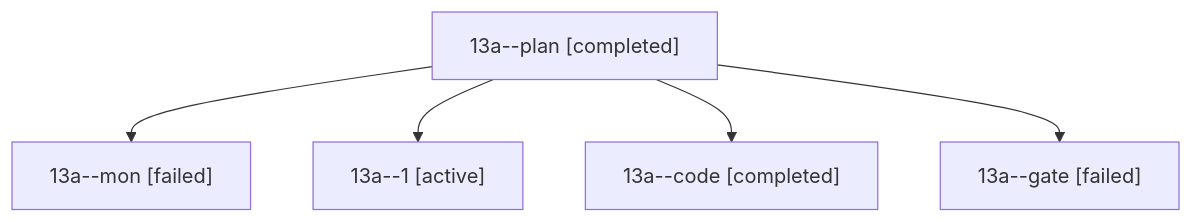
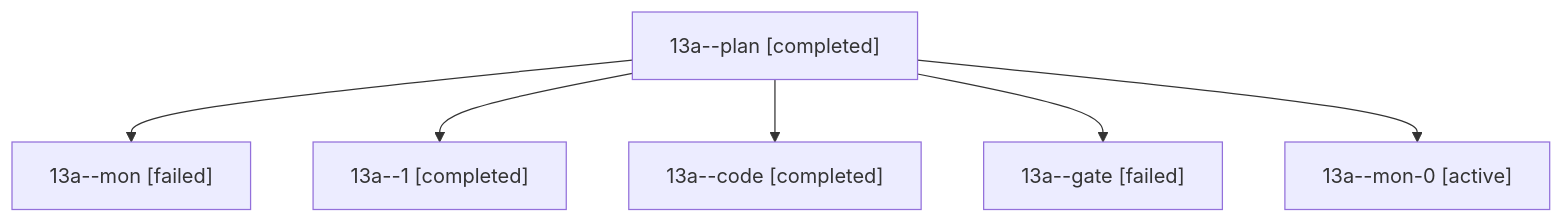
The diagram in sessions/bbugyi200.athena.13a.md (bobs-org/bob-cli--agents), drawn with Mermaid before and after one commit. The commit also changed other lines of this file and 92 other files, not shown here.

````diff
--- a/sessions/bbugyi200.athena.13a.md
+++ b/sessions/bbugyi200.athena.13a.md
@@ -9,12 +9,14 @@
 ```mermaid
 flowchart TD
   n0["13a--plan [completed]"]
   n1["13a--mon [failed]"]
   n0 --> n1
-  n2["13a--1 [active]"]
+  n2["13a--1 [completed]"]
   n0 --> n2
   n3["13a--code [completed]"]
   n0 --> n3
   n4["13a--gate [failed]"]
   n0 --> n4
+  n5["13a--mon-0 [active]"]
+  n0 --> n5
 ```
````
